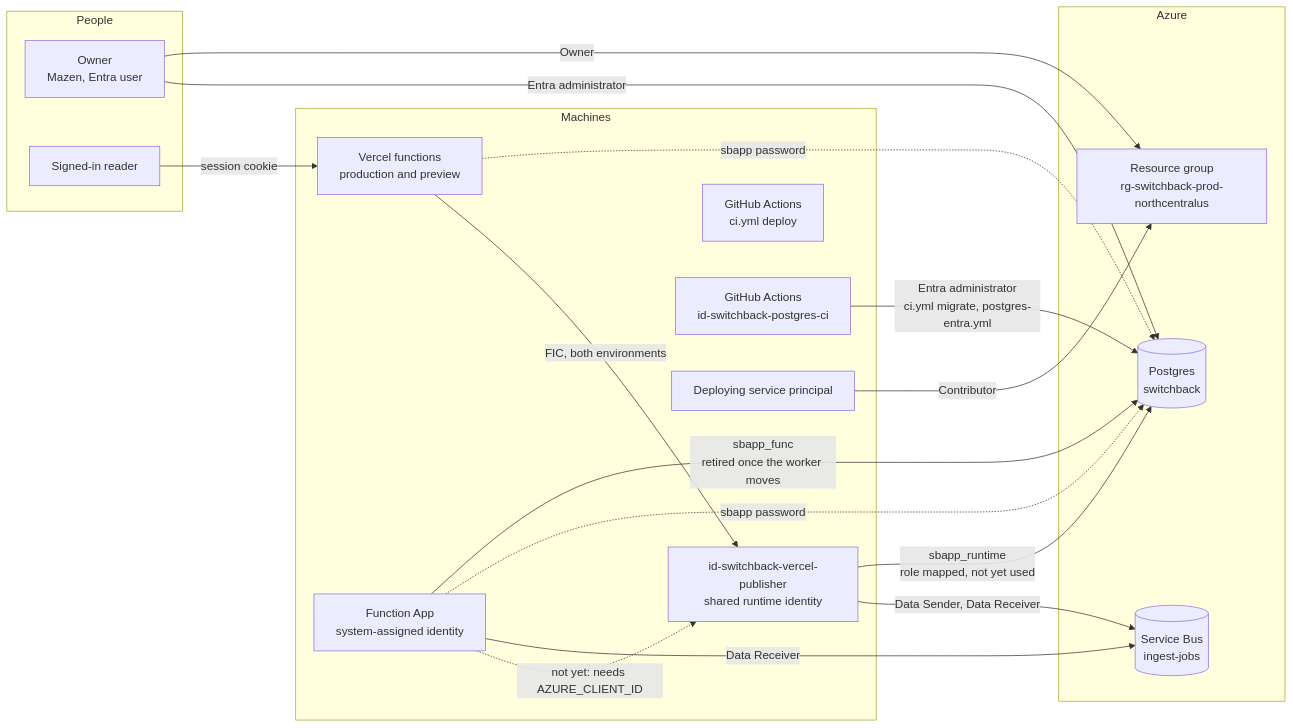
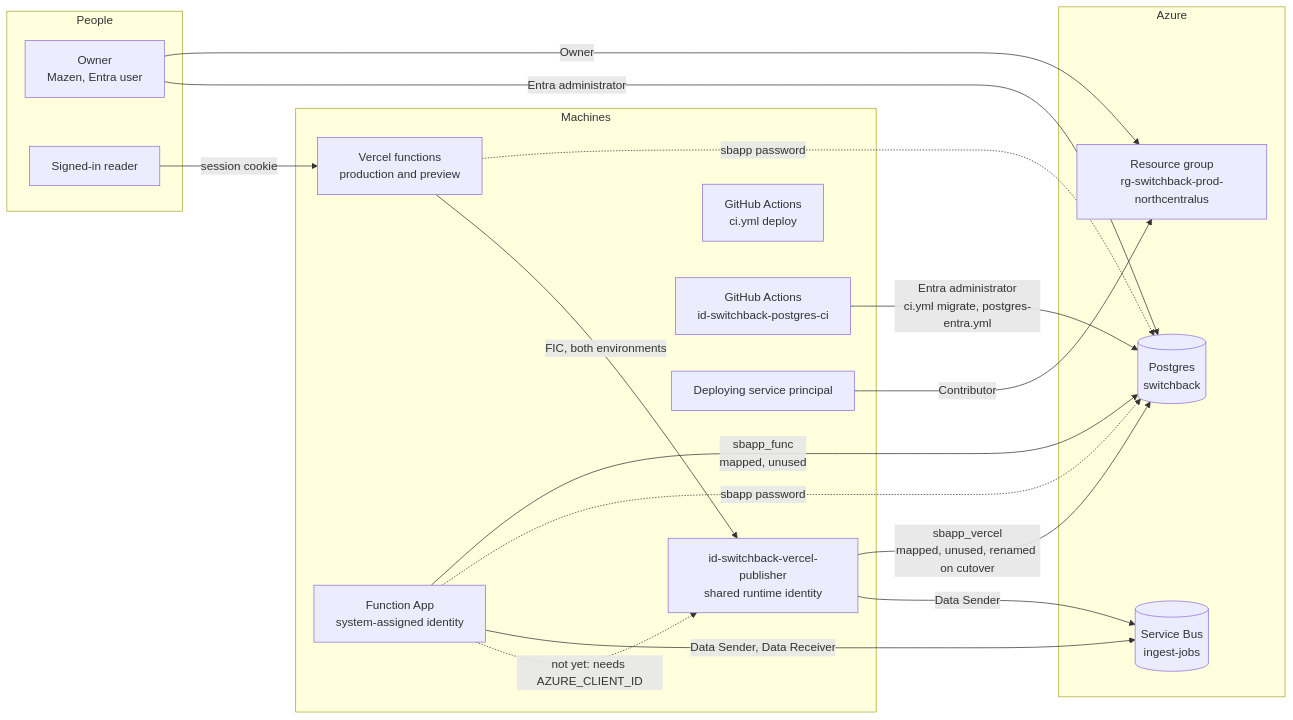
Before and after one commit to mbahgatTech/switchback: the seventh of 10 diagrams in docs/architecture.md, drawn with Mermaid. The commit also changed other lines of this file and 16 other files, not shown here.

````diff
--- a/docs/architecture.md
+++ b/docs/architecture.md
@@ -216,34 +216,34 @@
 ```mermaid
 graph LR
   subgraph People
     OWNER[Owner<br/>Mazen, Entra user]
     READER[Signed-in reader]
   end
   subgraph Machines
     VERCEL[Vercel functions<br/>production and preview]
     FUNC[Function App<br/>system-assigned identity]
     RUNTIME[id-switchback-vercel-publisher<br/>shared runtime identity]
     GHA[GitHub Actions<br/>ci.yml deploy]
     CI[GitHub Actions<br/>id-switchback-postgres-ci]
     SP[Deploying service principal]
   end
   subgraph Azure
     SB[(Service Bus<br/>ingest-jobs)]
     PG[(Postgres<br/>switchback)]
     RG[Resource group<br/>rg-switchback-prod-northcentralus]
   end
 
   VERCEL -->|FIC, both environments| RUNTIME
   FUNC -.->|not yet: needs AZURE_CLIENT_ID| RUNTIME
-  RUNTIME -->|Data Sender, Data Receiver| SB
-  FUNC -->|Data Receiver| SB
+  RUNTIME -->|Data Sender| SB
+  FUNC -->|Data Sender, Data Receiver| SB
   VERCEL -.->|sbapp password| PG
   FUNC -.->|sbapp password| PG
-  RUNTIME -->|sbapp_runtime<br/>role mapped, not yet used| PG
-  FUNC -->|sbapp_func<br/>retired once the worker moves| PG
+  RUNTIME -->|sbapp_vercel<br/>mapped, unused, renamed on cutover| PG
+  FUNC -->|sbapp_func<br/>mapped, unused| PG
   CI -->|Entra administrator<br/>ci.yml migrate, postgres-entra.yml| PG
   OWNER -->|Entra administrator| PG
   OWNER -->|Owner| RG
   SP -->|Contributor| RG
   READER -->|session cookie| VERCEL
 ```
````
